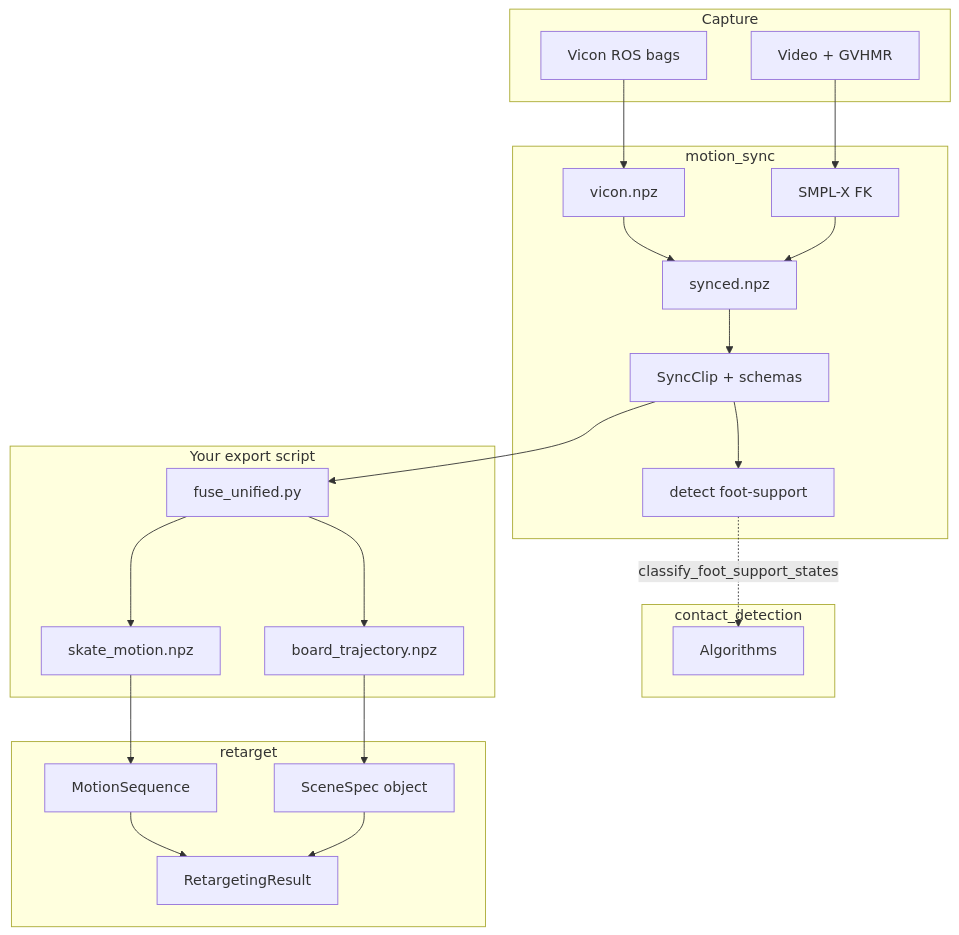
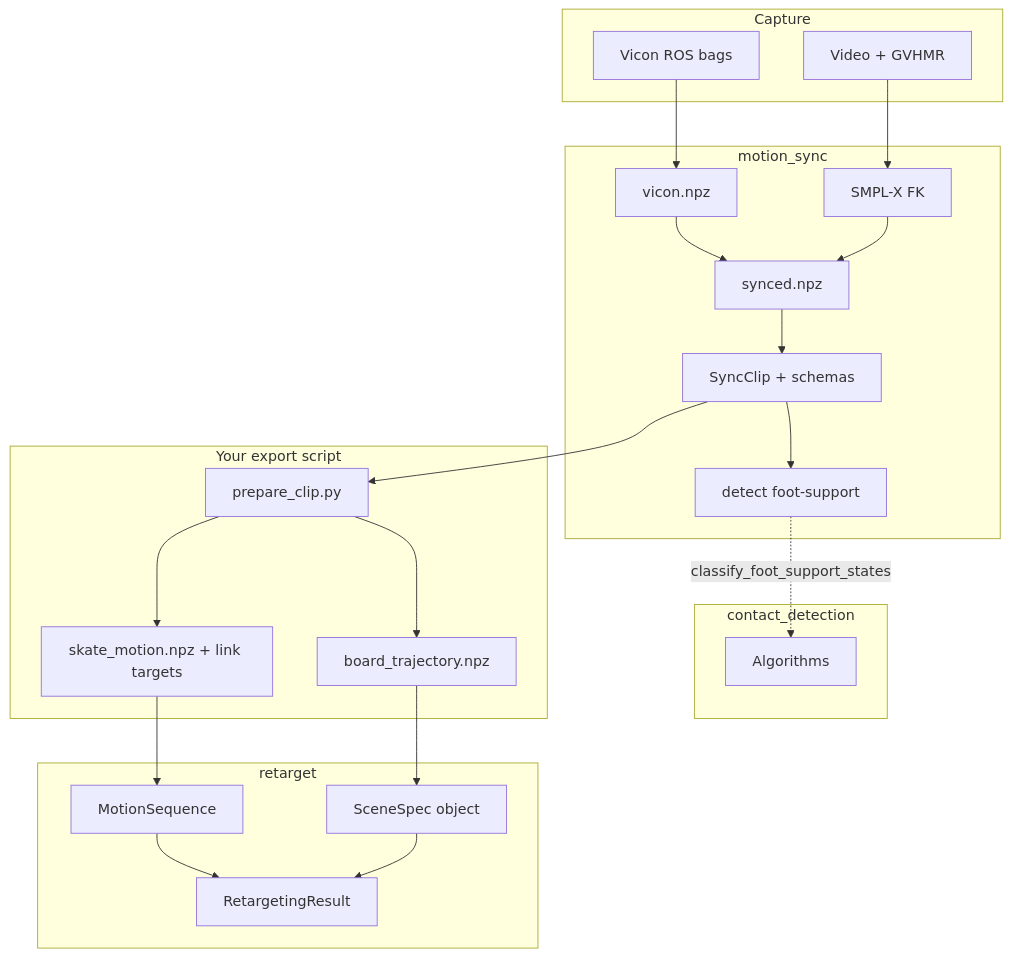
The diagram in docs/ecosystem/index.md (ryanrudes/retarget), drawn with Mermaid before and after one commit. The commit also changed other lines of this file and 8 other files, not shown here.

First line of the commit message:
docs: update skateboarding walkthrough for prepare_clip and G1 asset bootstrap

````diff
--- a/docs/ecosystem/index.md
+++ b/docs/ecosystem/index.md
@@ -14,29 +14,29 @@
 ```mermaid
 flowchart TB
   subgraph capture [Capture]
     bags[Vicon ROS bags]
     video[Video + GVHMR]
   end
   subgraph ms [motion_sync]
     bags --> vicon[vicon.npz]
     video --> fkin[SMPL-X FK]
     vicon --> sync[synced.npz]
     fkin --> sync
     sync --> clip[SyncClip + schemas]
     clip --> detect[detect foot-support]
   end
   subgraph cd [contact_detection]
     detect -.->|classify_foot_support_states| algo[Algorithms]
   end
   subgraph fuse [Your export script]
-    clip --> fuse_script[fuse_unified.py]
-    fuse_script --> skate_npz[skate_motion.npz]
-    fuse_script --> board_npz[board_trajectory.npz]
+    clip --> prepare_script[prepare_clip.py]
+    prepare_script --> skate_npz[skate_motion.npz + link targets]
+    prepare_script --> board_npz[board_trajectory.npz]
   end
   subgraph rt [retarget]
     skate_npz --> motion[MotionSequence]
     board_npz --> scene[SceneSpec object]
     motion --> result[RetargetingResult]
     scene --> result
   end
 ```
````
